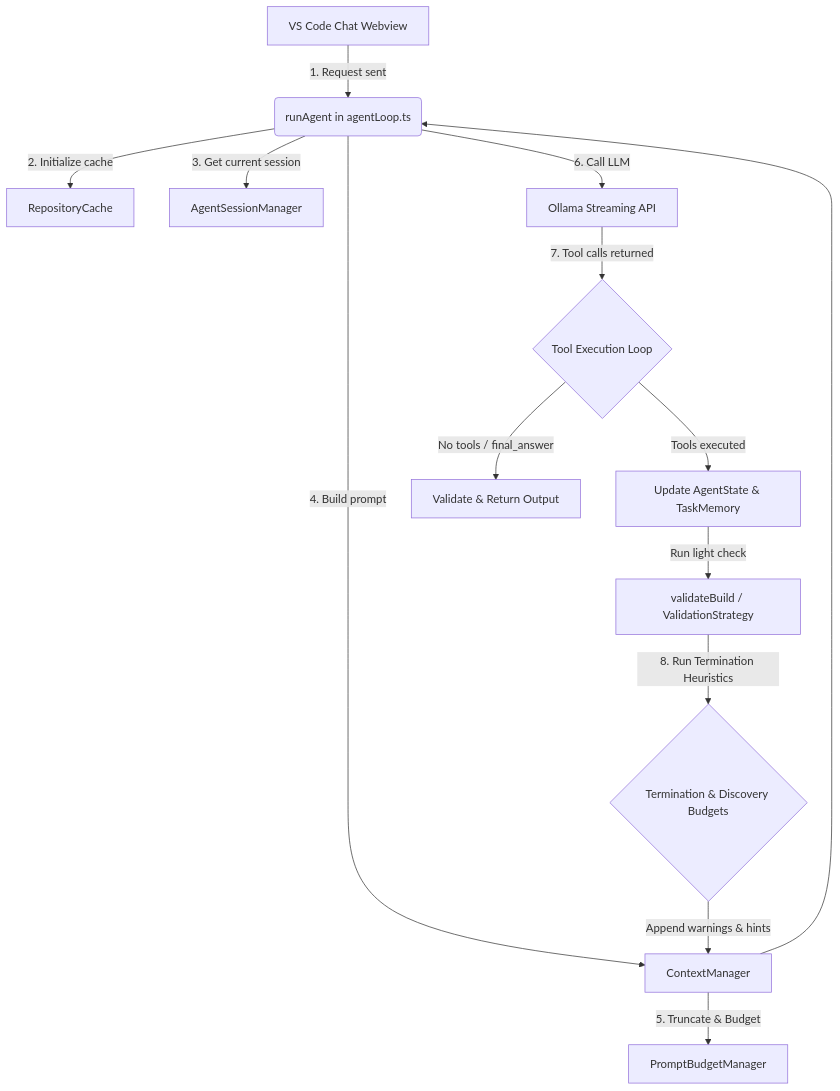
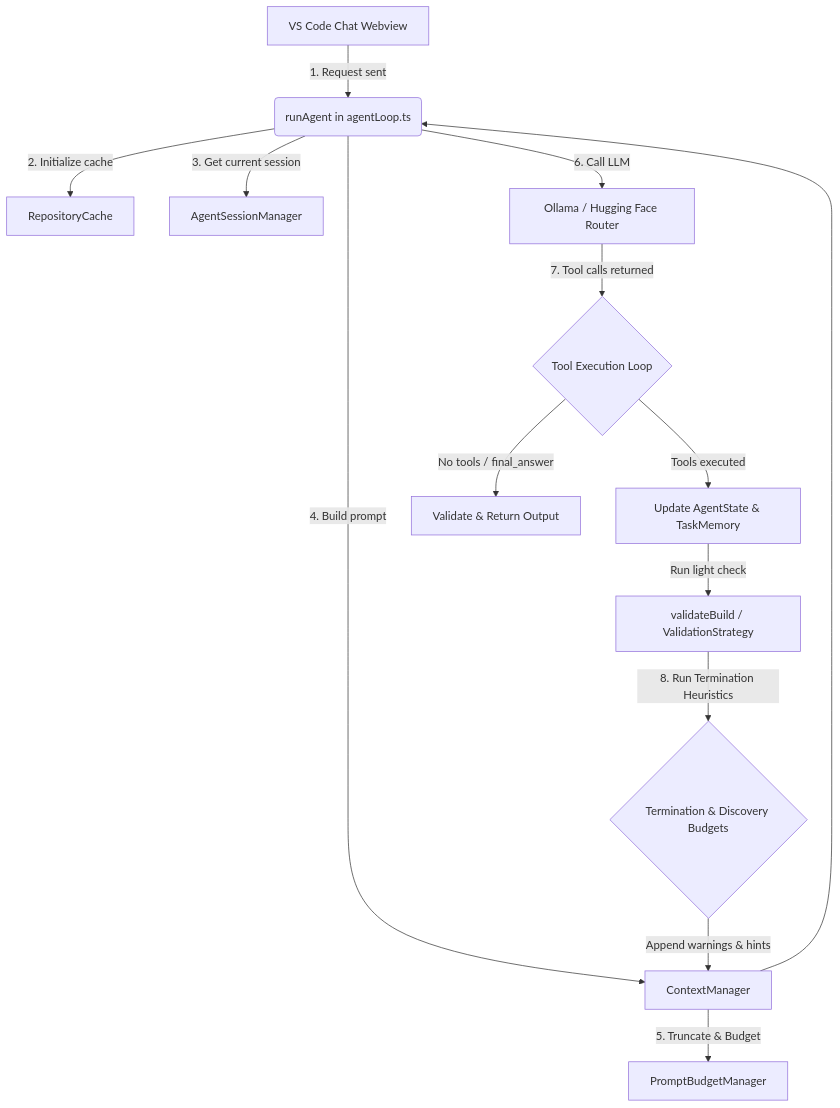
Before and after one commit to gramproindia/kit: the diagram in app/content/docs/swagent.mdx, drawn with Mermaid. The commit also changed other lines of this file, not shown here.

````diff
--- a/app/content/docs/swagent.mdx
+++ b/app/content/docs/swagent.mdx
@@ -291,16 +129,16 @@
 ```mermaid
 graph TD
     A[VS Code Chat Webview] -->|1. Request sent| B(runAgent in agentLoop.ts)
     B -->|2. Initialize cache| C[RepositoryCache]
     B -->|3. Get current session| D[AgentSessionManager]
     B -->|4. Build prompt| E[ContextManager]
     E -->|5. Truncate & Budget| F[PromptBudgetManager]
-    B -->|6. Call LLM| G[Ollama Streaming API]
+    B -->|6. Call LLM| G[Ollama / Hugging Face Router]
     G -->|7. Tool calls returned| H{Tool Execution Loop}
     H -->|No tools / final_answer| I[Validate & Return Output]
     H -->|Tools executed| J[Update AgentState & TaskMemory]
     J -->|Run light check| K[validateBuild / ValidationStrategy]
     K -->|8. Run Termination Heuristics| L{Termination & Discovery Budgets}
     L -->|Append warnings & hints| E
     E --> B
 ```
````
